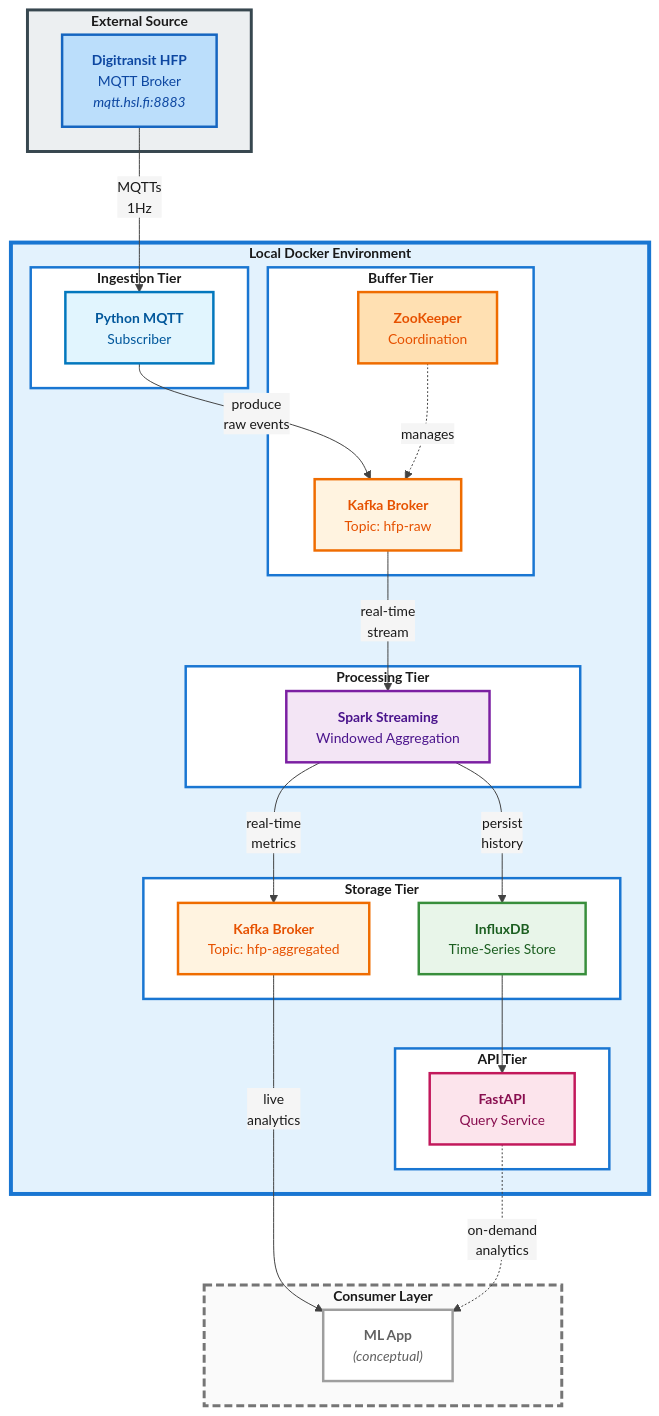
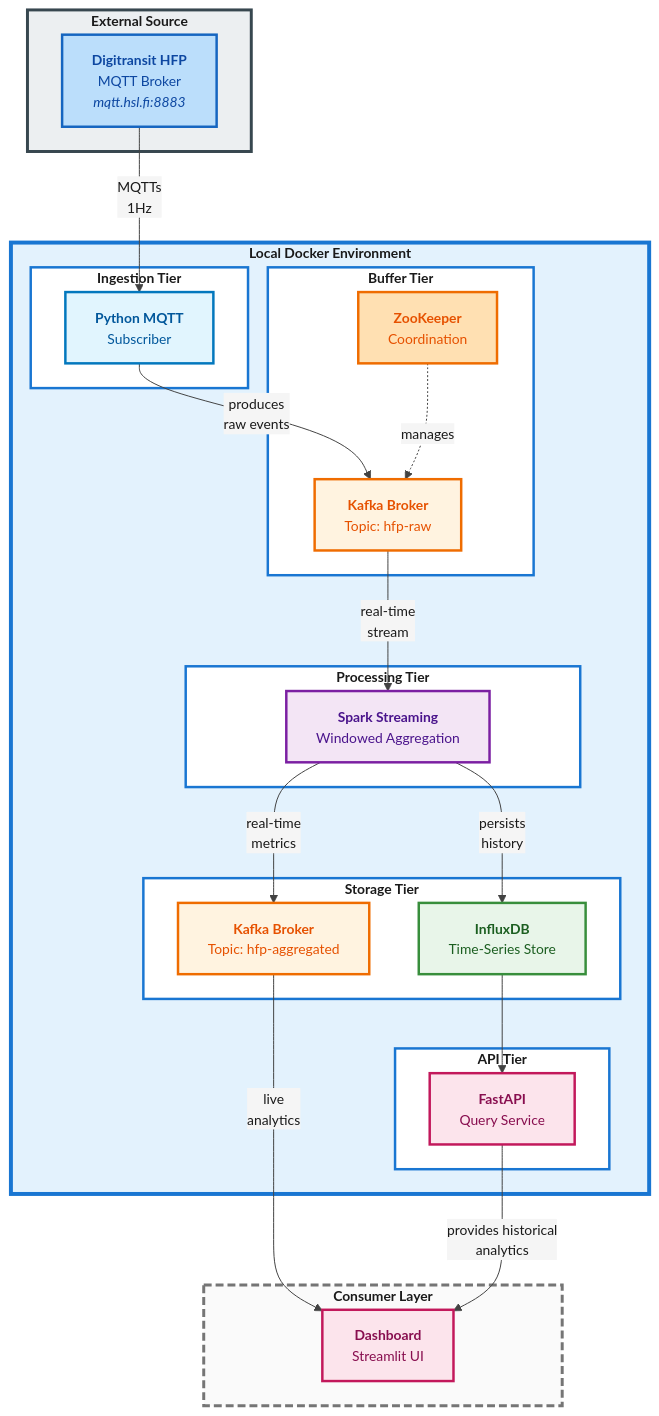
The diagram in README.md (hamzakat/realtime-public-transport-analytics), drawn with Mermaid before and after one commit. The commit also changed other lines of this file and 16 other files, not shown here.

````diff
--- a/README.md
+++ b/README.md
@@ -14,65 +15,65 @@
 ```mermaid
 %%{init: {'theme':'base', 'themeVariables': { 'primaryColor':'#e3f2fd','primaryTextColor':'#1a1a1a','primaryBorderColor':'#1976d2','lineColor':'#424242','secondaryColor':'#f5f5f5','tertiaryColor':'#fff','fontSize':'14px','fontFamily':'Arial, sans-serif'}}}%%
 
 graph TB
     subgraph ext["<b>External Source</b>"]
         A["<b>Digitransit HFP</b><br/>MQTT Broker<br/><i>mqtt.hsl.fi:8883</i>"]
     end
     
     subgraph docker["<b>Local Docker Environment</b>"]
         subgraph tier1["<b>Ingestion Tier</b>"]
             B["<b>Python MQTT</b><br/>Subscriber"]
         end
         
         subgraph tier2["<b>Buffer Tier</b>"]
             Z["<b>ZooKeeper</b><br/>Coordination"]
             C["<b>Kafka Broker</b><br/>Topic: hfp-raw"]
         end
         
         subgraph tier3["<b>Processing Tier</b>"]
             D["<b>Spark Streaming</b><br/>Windowed Aggregation"]
         end
         
         subgraph tier4["<b>Storage Tier</b>"]
             E["<b>Kafka Broker</b><br/>Topic: hfp-aggregated"]
             F["<b>InfluxDB</b><br/>Time-Series Store"]
         end
         
         subgraph tier5["<b>API Tier</b>"]
             H["<b>FastAPI</b><br/>Query Service"]
         end
     end
     
-    subgraph output["<b>Consumer Layer</b>"]
-        G["<b>ML App</b><br/><i>(conceptual)</i>"]
-    end
+     subgraph output["<b>Consumer Layer</b>"]
+         G["<b>Dashboard</b><br/>Streamlit UI"]
+     end
     
     A -->|"MQTTs<br/>1Hz"| B
-    B -->|"produce<br/>raw events"| C
+    B -->|"produces<br/>raw events"| C
     Z -.->|manages| C
     C -->|"real-time<br/>stream"| D
     D -->|"real-time<br/>metrics"| E
-    D -->|"persist<br/>history"| F
-    E -->|"live<br/>analytics"| G
-    F --> H
-    H -.->|"on-demand<br/>analytics"| G
+    D -->|"persists<br/>history"| F
+     E -->|"live<br/>analytics"| G
+     F --> H
+     H -->|"provides historical<br/>analytics<br/>"| G 
     
     style ext fill:#eceff1,stroke:#37474f,stroke-width:3px,color:#1a1a1a
     style docker fill:#e3f2fd,stroke:#1976d2,stroke-width:4px,color:#1a1a1a
     style tier1 fill:#ffffff,stroke:#1976d2,stroke-width:2.5px,color:#1a1a1a
     style tier2 fill:#ffffff,stroke:#1976d2,stroke-width:2.5px,color:#1a1a1a
     style tier3 fill:#ffffff,stroke:#1976d2,stroke-width:2.5px,color:#1a1a1a
     style tier4 fill:#ffffff,stroke:#1976d2,stroke-width:2.5px,color:#1a1a1a
     style tier5 fill:#ffffff,stroke:#1976d2,stroke-width:2.5px,color:#1a1a1a
     style output fill:#fafafa,stroke:#757575,stroke-width:3px,stroke-dasharray: 8 4,color:#1a1a1a
     
     style A fill:#bbdefb,stroke:#1565c0,stroke-width:2.5px,color:#0d47a1
     style B fill:#e1f5fe,stroke:#0277bd,stroke-width:2.5px,color:#01579b
     style Z fill:#ffe0b2,stroke:#ef6c00,stroke-width:2.5px,color:#e65100
     style C fill:#fff3e0,stroke:#ef6c00,stroke-width:2.5px,color:#e65100
     style D fill:#f3e5f5,stroke:#7b1fa2,stroke-width:2.5px,color:#4a148c
     style E fill:#fff3e0,stroke:#ef6c00,stroke-width:2.5px,color:#e65100
     style F fill:#e8f5e9,stroke:#388e3c,stroke-width:2.5px,color:#1b5e20
     style H fill:#fce4ec,stroke:#c2185b,stroke-width:2.5px,color:#880e4f
-    style G fill:#ffffff,stroke:#9e9e9e,stroke-width:2.5px,color:#616161
+     style G fill:#fce4ec,stroke:#c2185b,stroke-width:2.5px,color:#880e4f
 ```
````
